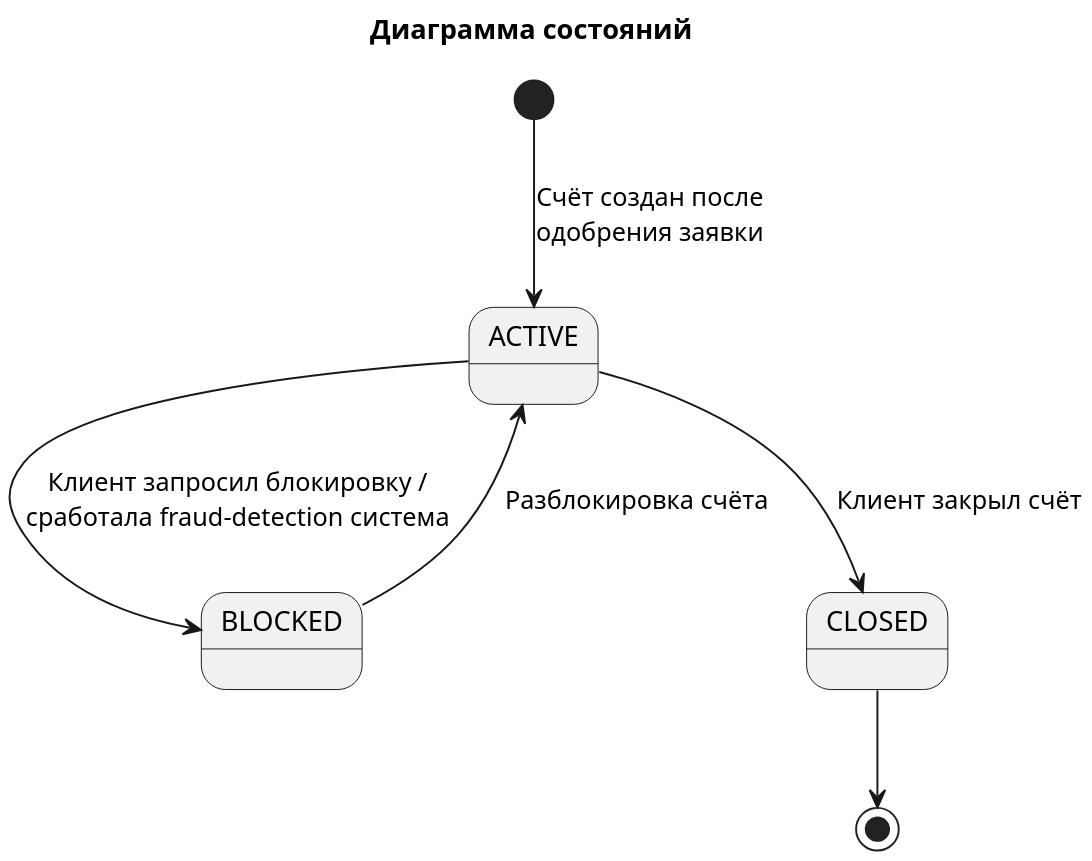
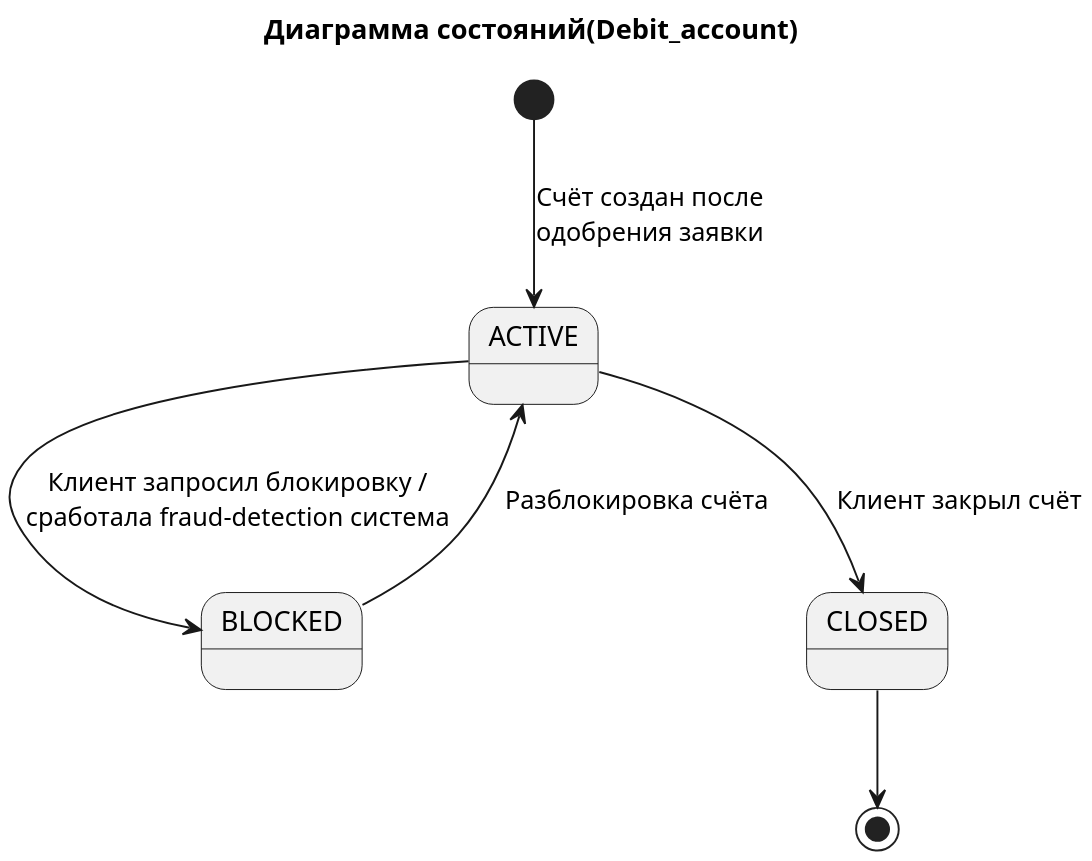
The diagram in diagrams/state/Диаграмма состояний(Debit_Account).puml (PulyaIvan/digital-client-onboarding), drawn with PlantUML before and after one commit. The commit also changed 5 other files, not shown here.

Commit message:
feat: обновил диаграммы состояний для Application и Debit_account, добавил ERD в формате dbdiagram и dbml

```diff
--- a/diagrams/state/Диаграмма состояний(Debit_Account).puml
+++ b/diagrams/state/Диаграмма состояний(Debit_Account).puml
@@ -1,9 +1,9 @@
 @startuml Диаграмма состояний(Debit_account)
-title Диаграмма состояний
+title Диаграмма состояний(Debit_account)
 scale 2
 [*] --> ACTIVE: Счёт создан после\nодобрения заявки
 ACTIVE --> BLOCKED: Клиент запросил блокировку /\nсработала fraud-detection система
 BLOCKED --> ACTIVE: Разблокировка счёта
 ACTIVE --> CLOSED: Клиент закрыл счёт
 CLOSED --> [*]
 @enduml
```
